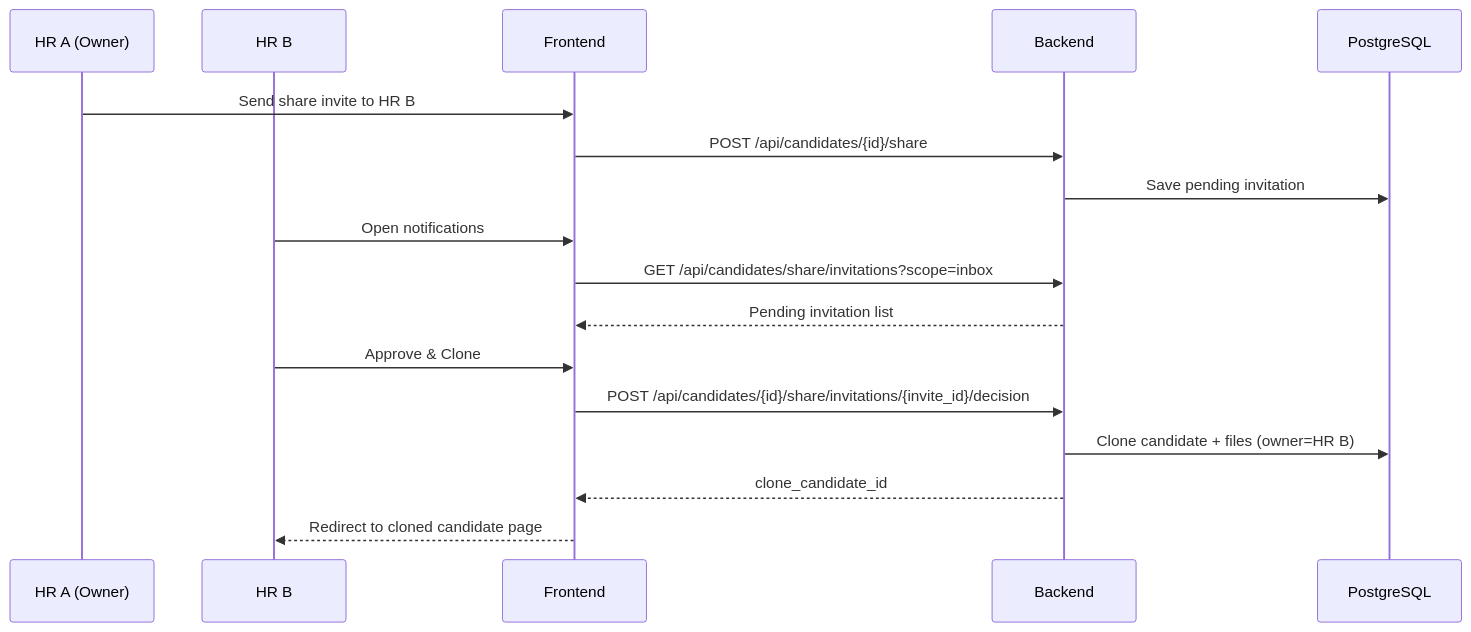
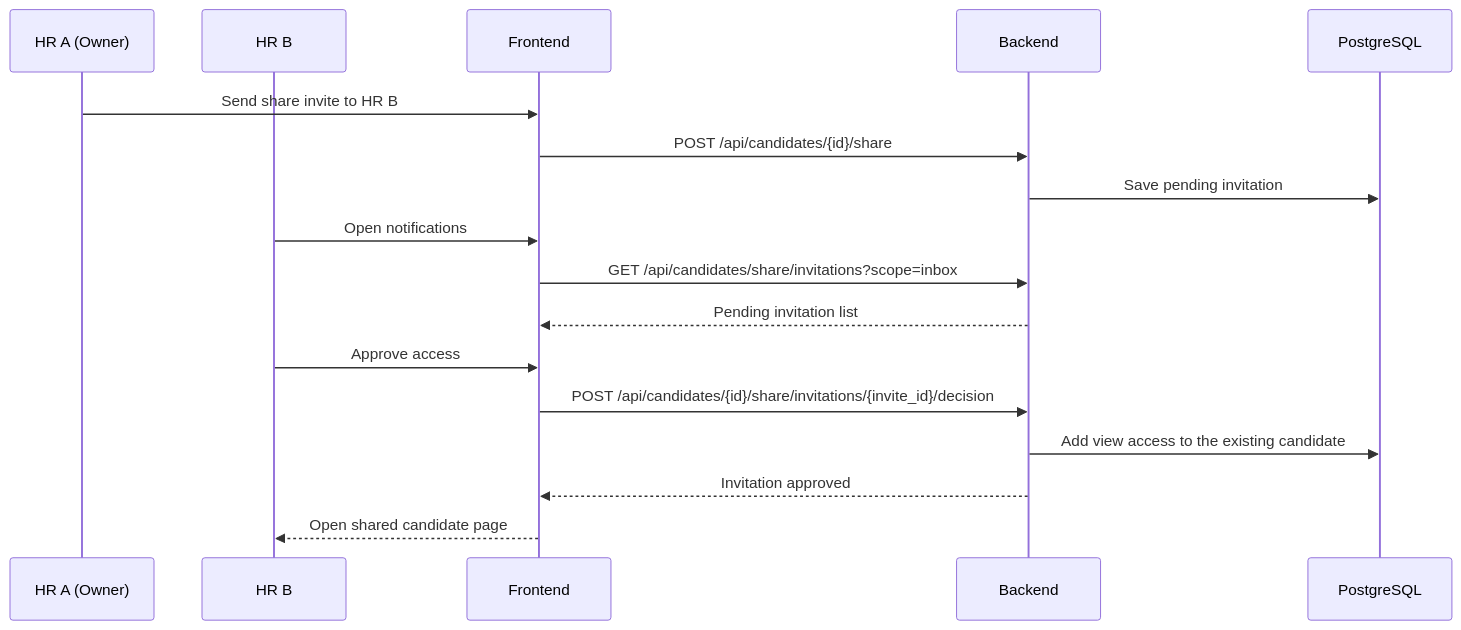
The third of 5 diagrams in README.md (PhongPhan98/mini_ats_domain), drawn with Mermaid before and after one commit. The commit also changed other lines of this file and 65 other files, not shown here.

````diff
--- a/README.md
+++ b/README.md
@@ -434,22 +505,22 @@
 ```mermaid
 sequenceDiagram
   participant A as HR A (Owner)
   participant B as HR B
   participant FE as Frontend
   participant BE as Backend
   participant DB as PostgreSQL
 
   A->>FE: Send share invite to HR B
   FE->>BE: POST /api/candidates/{id}/share
   BE->>DB: Save pending invitation
 
   B->>FE: Open notifications
   FE->>BE: GET /api/candidates/share/invitations?scope=inbox
   BE-->>FE: Pending invitation list
 
-  B->>FE: Approve & Clone
+  B->>FE: Approve access
   FE->>BE: POST /api/candidates/{id}/share/invitations/{invite_id}/decision
-  BE->>DB: Clone candidate + files (owner=HR B)
-  BE-->>FE: clone_candidate_id
-  FE-->>B: Redirect to cloned candidate page
+  BE->>DB: Add view access to the existing candidate
+  BE-->>FE: Invitation approved
+  FE-->>B: Open shared candidate page
 ```
````
